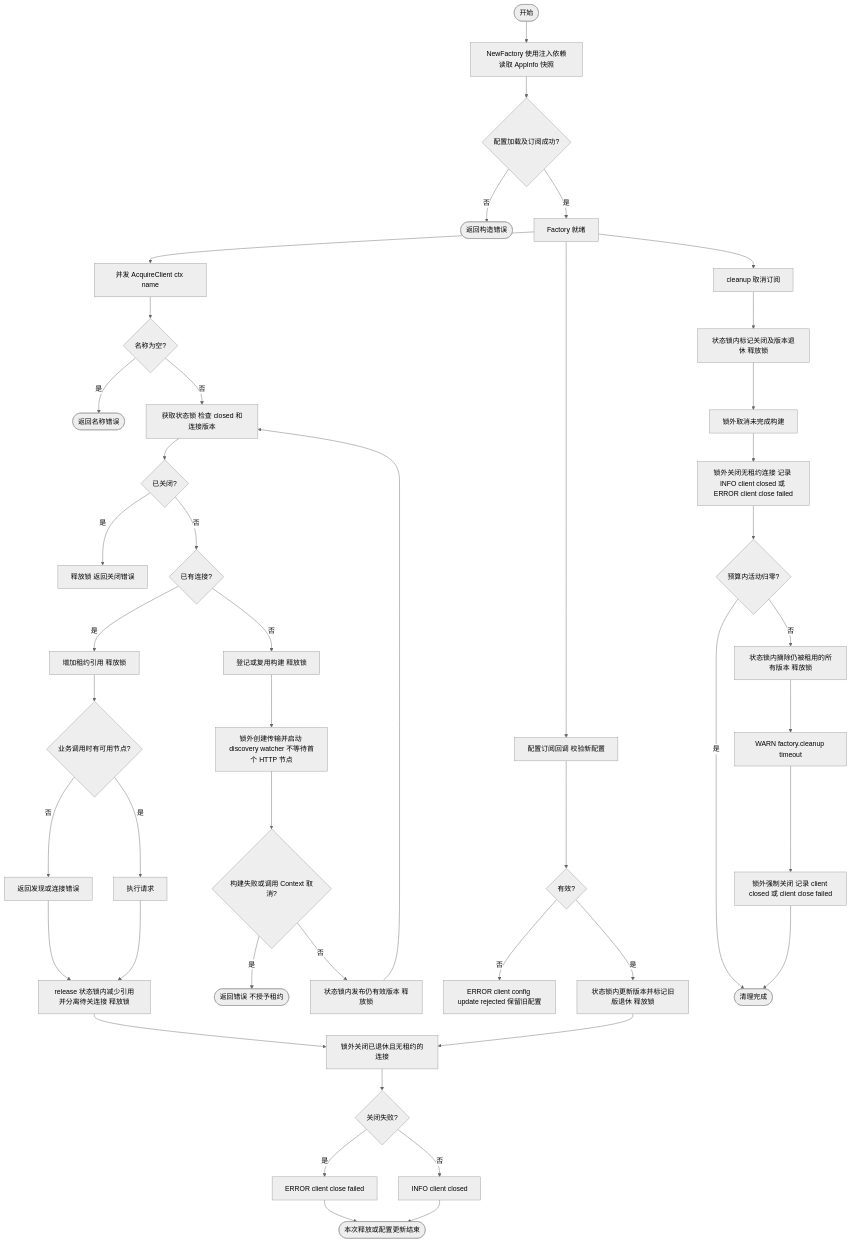
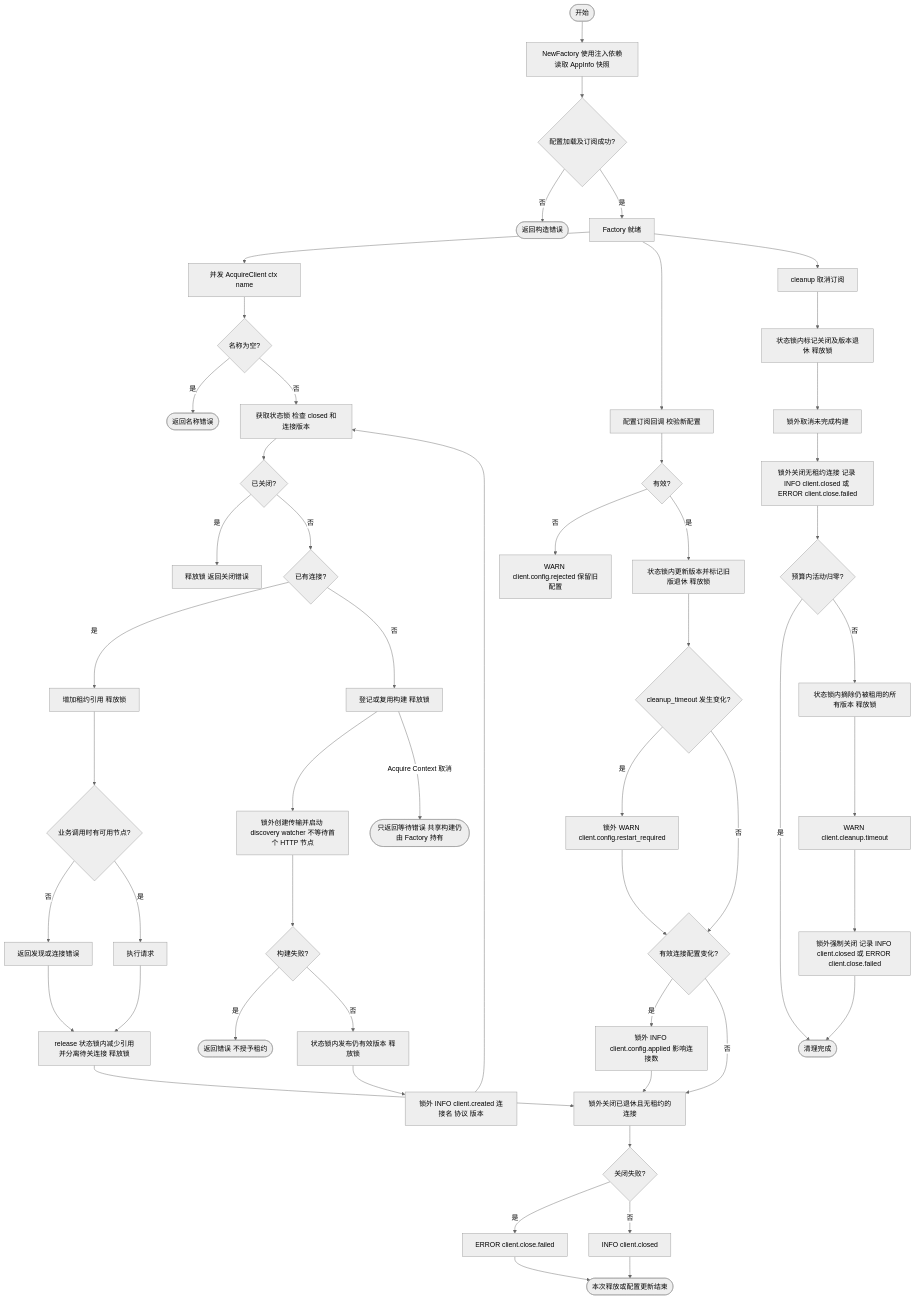
One commit to jaggerzhuang1994/kratos-foundation changed the fifth of 9 diagrams in pkg/client/README.md. Above: the diagram before and after it, drawn with Mermaid (neutral theme). The commit also changed other lines of this file and 204 other files, not shown here.

````diff
--- a/pkg/client/README.md
+++ b/pkg/client/README.md
@@ -146,47 +146,55 @@
 ```mermaid
 flowchart TD
     A([开始]) --> B[NewFactory 使用注入依赖读取 AppInfo 快照]
     B --> C{配置加载及订阅成功?}
     C -- 否 --> E([返回构造错误])
     C -- 是 --> F[Factory 就绪]
     F --> G[并发 AcquireClient ctx name]
     G --> H{名称为空?}
     H -- 是 --> I([返回名称错误])
     H -- 否 --> J[获取状态锁 检查 closed 和连接版本]
     J --> K{已关闭?}
     K -- 是 --> L[释放锁 返回关闭错误]
     K -- 否 --> M{已有连接?}
     M -- 是 --> N[增加租约引用 释放锁]
     N --> O{业务调用时有可用节点?}
     O -- 否 --> AJ[返回发现或连接错误]
     O -- 是 --> AK[执行请求]
     M -- 否 --> P[登记或复用构建 释放锁]
     P --> Q[锁外创建传输并启动 discovery watcher 不等待首个 HTTP 节点]
-    Q --> R{构建失败或调用 Context 取消?}
+    P -- Acquire Context 取消 --> PS([只返回等待错误 共享构建仍由 Factory 持有])
+    Q --> R{构建失败?}
     R -- 是 --> S([返回错误 不授予租约])
     R -- 否 --> T[状态锁内发布仍有效版本 释放锁]
-    T --> J
+    T --> T1[锁外 INFO client.created 连接名 协议 版本]
+    T1 --> J
     AJ --> U[release 状态锁内减少引用并分离待关连接 释放锁]
     AK --> U
     F --> V[配置订阅回调 校验新配置]
     V --> W{有效?}
-    W -- 否 --> X[ERROR client config update rejected 保留旧配置]
+    W -- 否 --> X[WARN client.config.rejected 保留旧配置]
     W -- 是 --> Y[状态锁内更新版本并标记旧版退休 释放锁]
     F --> Z[cleanup 取消订阅]
     Z --> AA[状态锁内标记关闭及版本退休 释放锁]
     AA --> AB[锁外取消未完成构建]
     U --> AC[锁外关闭已退休且无租约的连接]
-    Y --> AC
-    AB --> AO[锁外关闭无租约连接 记录 INFO client closed 或 ERROR client close failed]
+    Y --> Y0{cleanup_timeout 发生变化?}
+    Y0 -- 是 --> YW[锁外 WARN client.config.restart_required]
+    YW --> Y1{有效连接配置变化?}
+    Y0 -- 否 --> Y1
+    Y1 -- 是 --> Y2[锁外 INFO client.config.applied 影响连接数]
+    Y2 --> AC
+    Y1 -- 否 --> AC
+    AB --> AO[锁外关闭无租约连接 记录 INFO client.closed 或 ERROR client.close.failed]
     AC --> AD{关闭失败?}
-    AD -- 是 --> AE[ERROR client close failed]
-    AD -- 否 --> AF[INFO client closed]
+    AD -- 是 --> AE[ERROR client.close.failed]
+    AD -- 否 --> AF[INFO client.closed]
     AE --> AI([本次释放或配置更新结束])
     AF --> AI
     AO --> AG{预算内活动归零?}
     AG -- 是 --> AH([清理完成])
     AG -- 否 --> AT[状态锁内摘除仍被租用的所有版本 释放锁]
-    AT --> AU[WARN factory.cleanup timeout]
-    AU --> AV[锁外强制关闭 记录 client closed 或 client close failed]
+    AT --> AU[WARN client.cleanup.timeout]
+    AU --> AV[锁外强制关闭 记录 INFO client.closed 或 ERROR client.close.failed]
     AV --> AH
 ```
````
